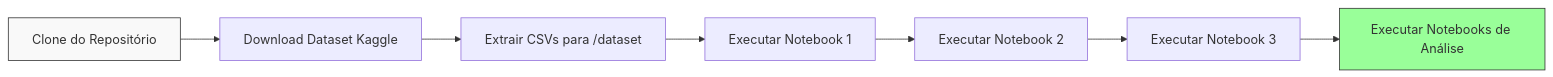
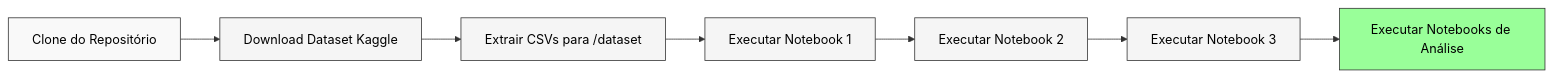
One commit to RenanOliveira04/data_engineering changed the third of 5 diagrams in README.md. Above: the diagram before and after it, drawn with Mermaid. The commit also changed other lines of this file, not shown here.

Commit message:
Melhorando a visualização dos diagramas Mermaid no README

````diff
--- a/README.md
+++ b/README.md
@@ -79,12 +87,17 @@
 ```mermaid
 flowchart LR
     A[Clone do Repositório] --> B[Download Dataset Kaggle]
     B --> C[Extrair CSVs para /dataset]
     C --> D[Executar Notebook 1]
     D --> E[Executar Notebook 2]
     E --> F[Executar Notebook 3]
     F --> G[Executar Notebooks de Análise]
     
-    style A fill:#f9f9f9,stroke:#333,stroke-width:1px
-    style G fill:#99ff99,stroke:#333,stroke-width:1px
+    style A fill:#f9f9f9,stroke:#333,stroke-width:1px,color:#000
+    style B fill:#f5f5f5,stroke:#333,stroke-width:1px,color:#000
+    style C fill:#f5f5f5,stroke:#333,stroke-width:1px,color:#000
+    style D fill:#f5f5f5,stroke:#333,stroke-width:1px,color:#000
+    style E fill:#f5f5f5,stroke:#333,stroke-width:1px,color:#000
+    style F fill:#f5f5f5,stroke:#333,stroke-width:1px,color:#000
+    style G fill:#99ff99,stroke:#333,stroke-width:1px,color:#000
 ```
````
